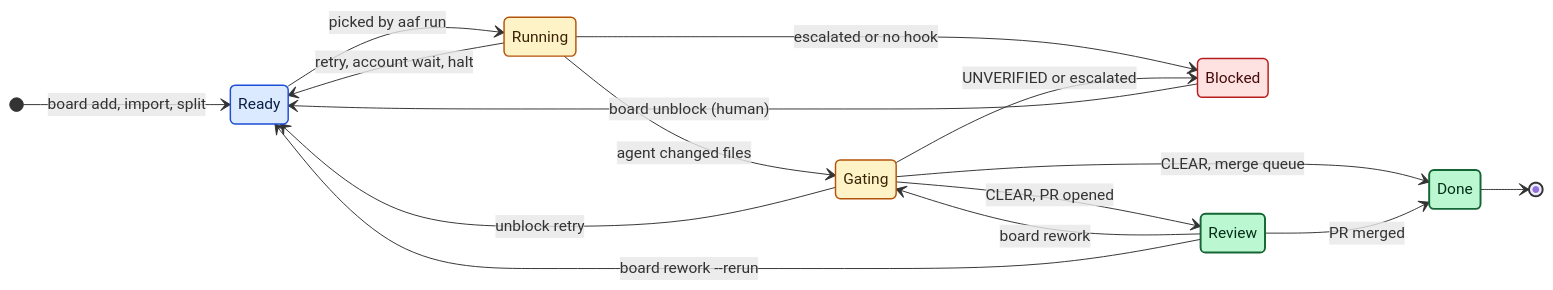
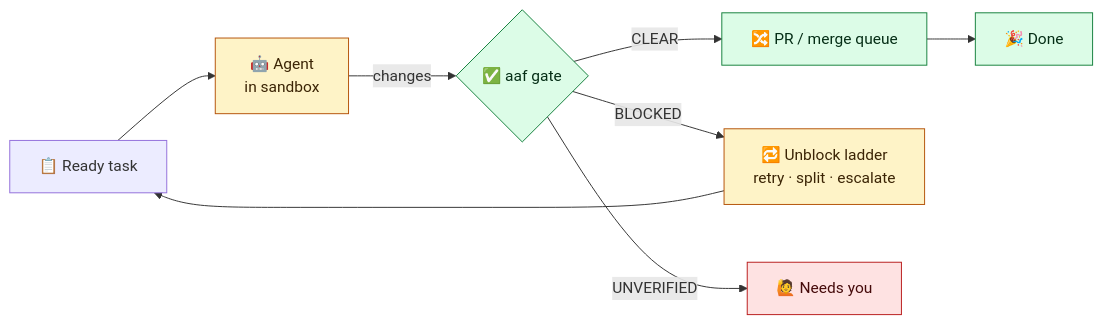
Before and after one commit to ToanMobile/AutoAgentFactory: the diagram in README.md, drawn with Mermaid. The commit also changed other lines of this file and 2 other files, not shown here.

````diff
--- a/README.md
+++ b/README.md
@@ -286,27 +40,17 @@
 ```mermaid
-stateDiagram-v2
-    direction LR
-    [*] --> Ready: board add, import, split
-    Ready --> Running: picked by aaf run
-    Running --> Gating: agent changed files
-    Running --> Ready: retry, account wait, halt
-    Running --> Blocked: escalated or no hook
-    Gating --> Review: CLEAR, PR opened
-    Gating --> Done: CLEAR, merge queue
-    Gating --> Ready: unblock retry
-    Gating --> Blocked: UNVERIFIED or escalated
-    Review --> Done: PR merged
-    Review --> Gating: board rework
-    Review --> Ready: board rework --rerun
-    Blocked --> Ready: board unblock (human)
-    Done --> [*]
+flowchart LR
+    A["📋 Ready task"] --> B["🤖 Agent<br/>in sandbox"]
+    B -->|changes| C{"✅ aaf gate"}
+    C -->|CLEAR| D["🔀 PR / merge queue"]
+    C -->|BLOCKED| E["🔁 Unblock ladder<br/>retry · split · escalate"]
+    E --> A
+    C -->|UNVERIFIED| F["🙋 Needs you"]
+    D --> G["🎉 Done"]
 
-    classDef queued fill:#dbeafe,stroke:#1d4ed8,stroke-width:1.5px,color:#0b1f44
-    classDef working fill:#fef3c7,stroke:#b45309,stroke-width:1.5px,color:#3b2405
-    classDef good fill:#bbf7d0,stroke:#166534,stroke-width:2px,color:#052e16
-    classDef bad fill:#fee2e2,stroke:#b91c1c,stroke-width:1.5px,color:#450a0a
-    class Ready queued
-    class Running, Gating working
-    class Review, Done good
-    class Blocked bad
+    classDef ok fill:#dcfce7,stroke:#15803d,color:#052e16
+    classDef warn fill:#fef3c7,stroke:#b45309,color:#3b2405
+    classDef bad fill:#fee2e2,stroke:#b91c1c,color:#450a0a
+    class C,D,G ok
+    class B,E warn
+    class F bad
 ```
````
